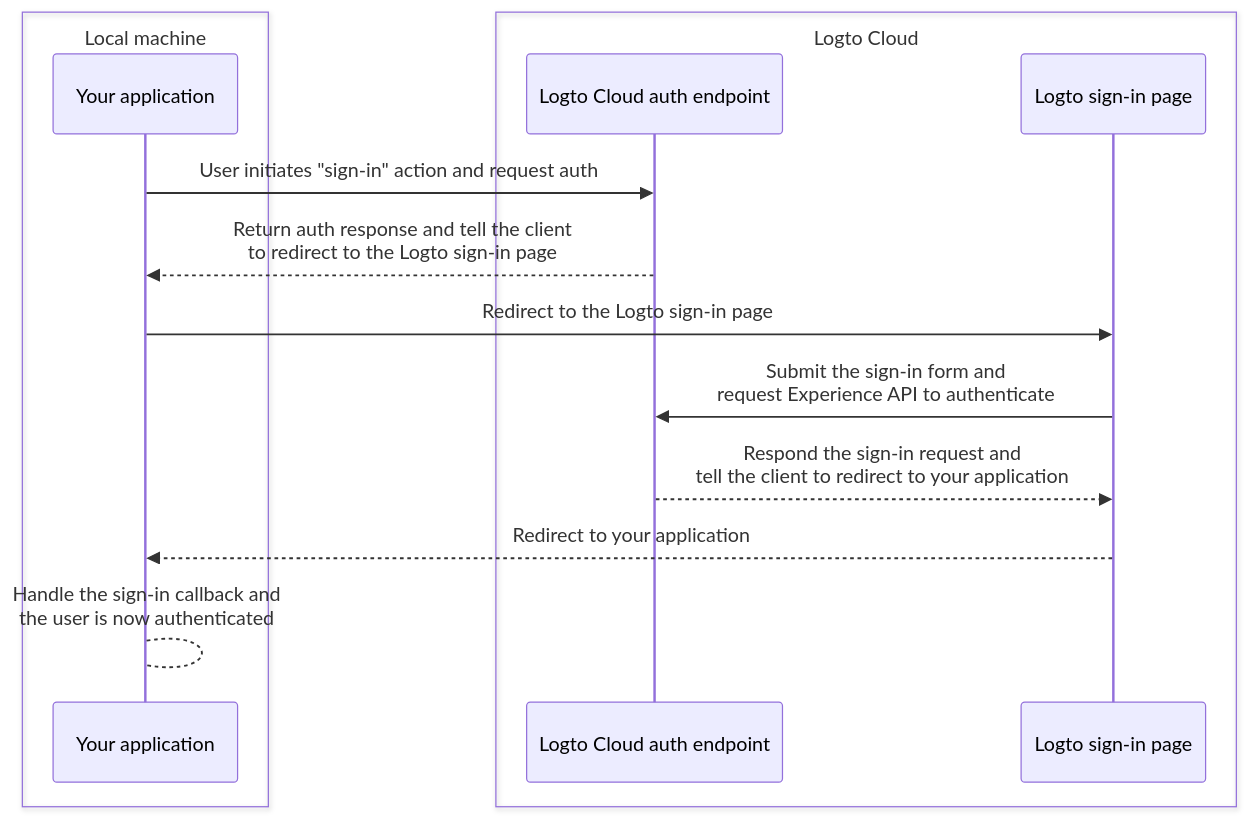
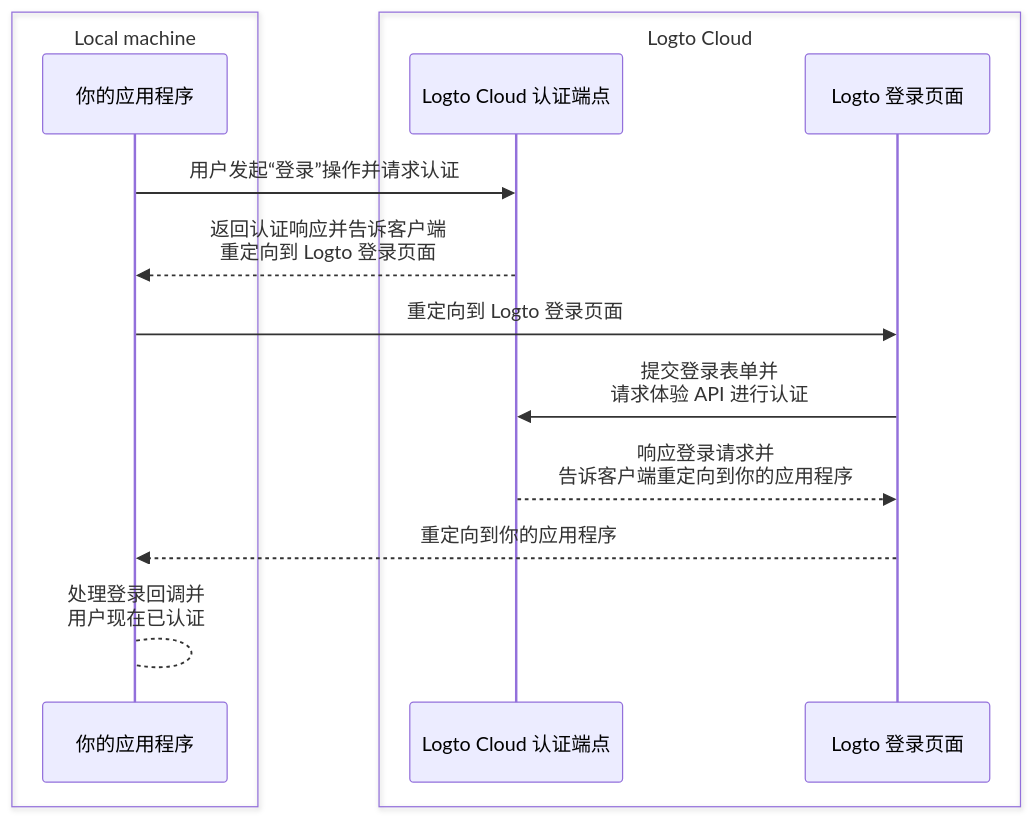
Before and after one commit to logto-io/docs: the first of 2 diagrams in i18n/zh-CN/docusaurus-plugin-content-docs/current/customization/bring-your-ui/debug-and-test-your-custom-ui-locally.mdx, drawn with Mermaid. The commit also changed other lines of this file and 449 other files, not shown here.

````diff
--- a/i18n/zh-CN/docusaurus-plugin-content-docs/current/customization/bring-your-ui/debug-and-test-your-custom-ui-locally.mdx
+++ b/i18n/zh-CN/docusaurus-plugin-content-docs/current/customization/bring-your-ui/debug-and-test-your-custom-ui-locally.mdx
@@ -19,17 +18,17 @@
 ```mermaid
 sequenceDiagram
     box Local machine
-    participant A as Your application
+    participant A as 你的应用程序
     end
     box Logto Cloud
-    participant B as Logto Cloud auth endpoint
-    participant C as Logto sign-in page
+    participant B as Logto Cloud 认证端点
+    participant C as Logto 登录页面
     end
-    A ->> B: User initiates "sign-in" action and request auth
-    B -->> A: Return auth response and tell the client<br/>to redirect to the Logto sign-in page
-    A ->> C: Redirect to the Logto sign-in page
-    C ->> B: Submit the sign-in form and<br/>request Experience API to authenticate
-    B -->> C: Respond the sign-in request and<br/>tell the client to redirect to your application
-    C -->> A: Redirect to your application
-    A --> A: Handle the sign-in callback and<br/>the user is now authenticated
+    A ->> B: 用户发起“登录”操作并请求认证
+    B -->> A: 返回认证响应并告诉客户端<br/>重定向到 Logto 登录页面
+    A ->> C: 重定向到 Logto 登录页面
+    C ->> B: 提交登录表单并<br/>请求体验 API 进行认证
+    B -->> C: 响应登录请求并<br/>告诉客户端重定向到你的应用程序
+    C -->> A: 重定向到你的应用程序
+    A --> A: 处理登录回调并<br/>用户现在已认证
 ```
````
